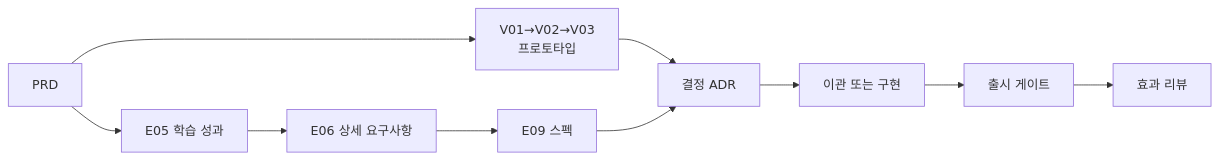
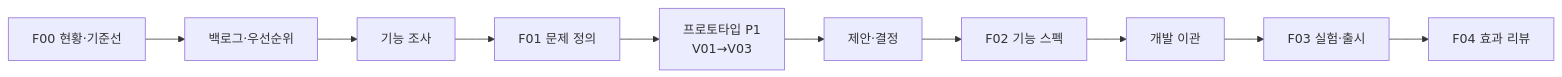
One commit to rey-hailey/agent-driven-edpm changed the second of 2 diagrams in guide/14.AtoZ사용가이드.md. Above: the diagram before and after it, drawn with Mermaid. The commit also changed other lines of this file and 10 other files, not shown here.

````diff
--- a/guide/14.AtoZ사용가이드.md
+++ b/guide/14.AtoZ사용가이드.md
@@ -134,10 +276,12 @@
 ```mermaid
 graph LR
-    PRD[PRD] --> E05[E05 학습 성과] --> E06[E06 상세 요구사항] --> E09[E09 스펙]
-    PRD --> V[V01→V02→V03<br/>프로토타입]
-    V --> D[결정 ADR]
-    E09 --> D
-    D --> H[이관 또는 구현]
-    H --> R[출시 게이트]
-    R --> F[효과 리뷰]
+    F00[F00 현황·기준선] --> B[백로그·우선순위]
+    B --> R[기능 조사]
+    R --> F01[F01 문제 정의]
+    F01 --> V[프로토타입 P1<br/>V01→V03]
+    V --> S[제안·결정]
+    S --> F02[F02 기능 스펙]
+    F02 --> H[개발 이관]
+    H --> F03[F03 실험·출시]
+    F03 --> F04[F04 효과 리뷰]
 ```
````
